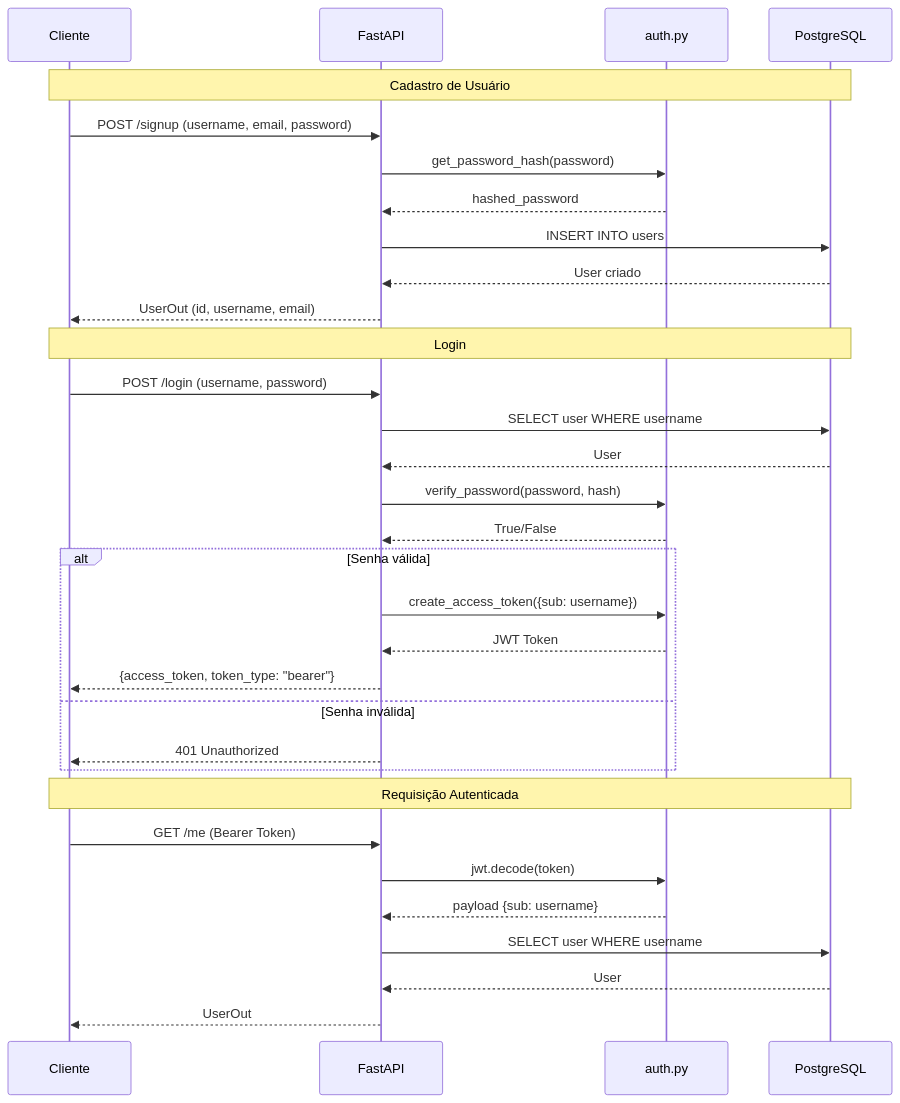
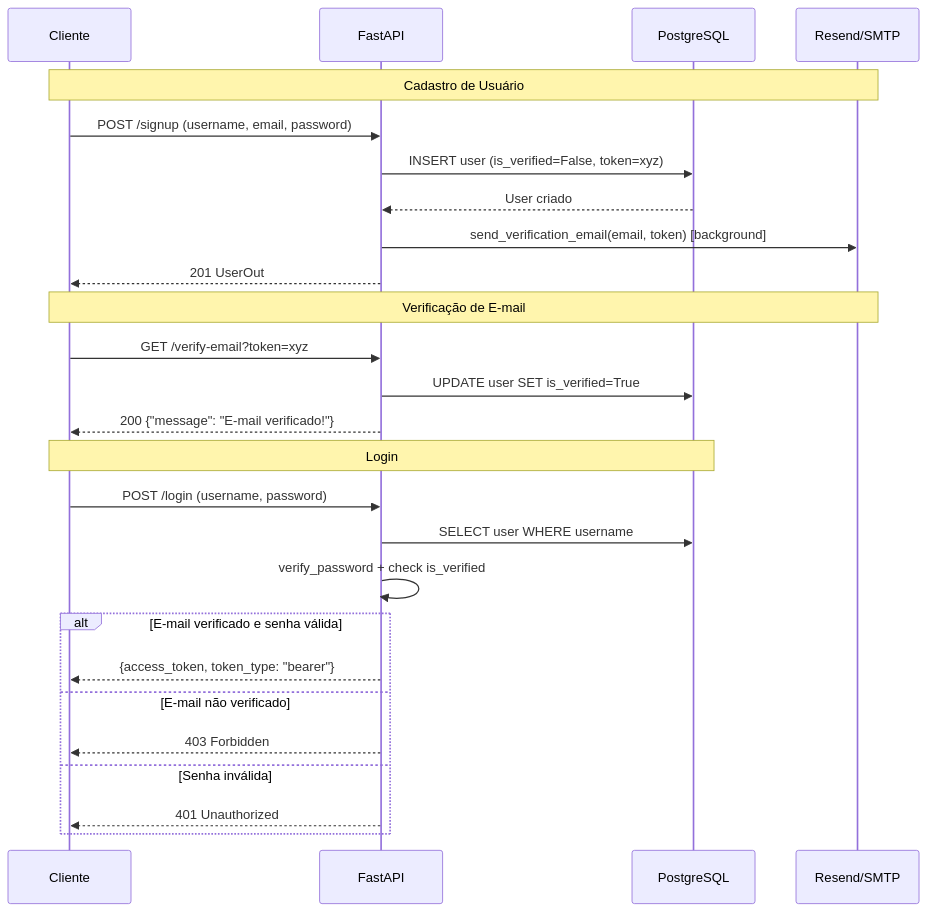
Before and after one commit to samuca2k18/Market_Albion_Online: the second of 5 diagrams in README.md, drawn with Mermaid. The commit also changed other lines of this file, not shown here.

````diff
--- a/README.md
+++ b/README.md
@@ -139,37 +203,31 @@
 ```mermaid
 sequenceDiagram
     participant C as Cliente
     participant API as FastAPI
-    participant Auth as auth.py
     participant DB as PostgreSQL
-    
-    Note over C,DB: Cadastro de Usuário
+    participant Email as Resend/SMTP
+
+    Note over C,Email: Cadastro de Usuário
     C->>API: POST /signup (username, email, password)
-    API->>Auth: get_password_hash(password)
-    Auth-->>API: hashed_password
-    API->>DB: INSERT INTO users
+    API->>DB: INSERT user (is_verified=False, token=xyz)
     DB-->>API: User criado
-    API-->>C: UserOut (id, username, email)
-    
+    API->>Email: send_verification_email(email, token) [background]
+    API-->>C: 201 UserOut
+
+    Note over C,Email: Verificação de E-mail
+    C->>API: GET /verify-email?token=xyz
+    API->>DB: UPDATE user SET is_verified=True
+    API-->>C: 200 {"message": "E-mail verificado!"}
+
     Note over C,DB: Login
     C->>API: POST /login (username, password)
     API->>DB: SELECT user WHERE username
-    DB-->>API: User
-    API->>Auth: verify_password(password, hash)
-    Auth-->>API: True/False
-    alt Senha válida
-        API->>Auth: create_access_token({sub: username})
-        Auth-->>API: JWT Token
+    API->>API: verify_password + check is_verified
+    alt E-mail verificado e senha válida
         API-->>C: {access_token, token_type: "bearer"}
+    else E-mail não verificado
+        API-->>C: 403 Forbidden
     else Senha inválida
         API-->>C: 401 Unauthorized
     end
-    
-    Note over C,DB: Requisição Autenticada
-    C->>API: GET /me (Bearer Token)
-    API->>Auth: jwt.decode(token)
-    Auth-->>API: payload {sub: username}
-    API->>DB: SELECT user WHERE username
-    DB-->>API: User
-    API-->>C: UserOut
 ```
````
